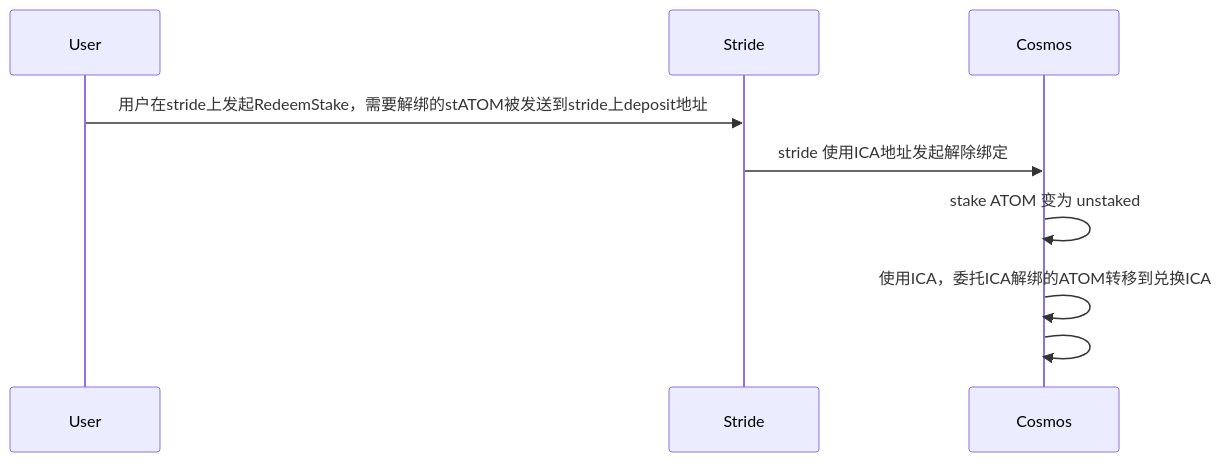
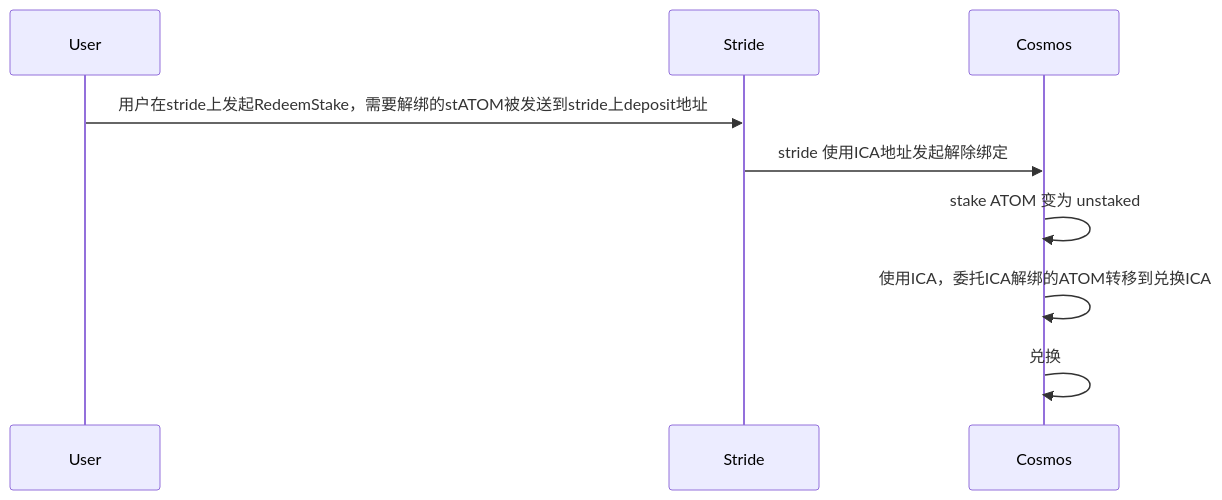
Before and after one commit to yingjianzh/iodraw-files: the diagram in all/unbonding.md, drawn with Mermaid.

Commit message:
2024-03-28 15:43:04 update

````diff
--- a/all/unbonding.md
+++ b/all/unbonding.md
@@ -1,8 +1,8 @@
 ```mermaid
 sequenceDiagram
     User->>Stride: 用户在stride上发起RedeemStake，需要解绑的stATOM被发送到stride上deposit地址
     Stride->>Cosmos: stride 使用ICA地址发起解除绑定
     Cosmos->>Cosmos: stake ATOM 变为 unstaked
     Cosmos->>Cosmos: 使用ICA，委托ICA解绑的ATOM转移到兑换ICA
-    Cosmos->>Cosmos: 
+    Cosmos->>Cosmos: 兑换
 ```
````
